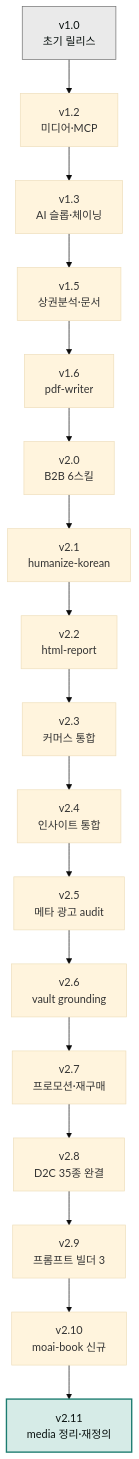
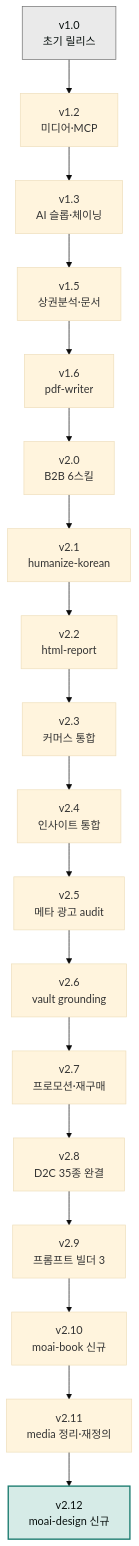
The diagram in content/releases/_index.md (modu-ai/claude), drawn with Mermaid (base theme) before and after one commit. The commit also changed other lines of this file and 8 other files, not shown here.

First line of the commit message:
chore(release): v2.12.0 — moai-design 신규 플러그인 + Claude Design 가이드 통합

````diff
--- a/content/releases/_index.md
+++ b/content/releases/_index.md
@@ -9,22 +9,23 @@
 ```mermaid
 flowchart TD
     V10["v1.0<br/>초기 릴리스"] --> V12["v1.2<br/>미디어·MCP"]
     V12 --> V13["v1.3<br/>AI 슬롭·체이닝"]
     V13 --> V15["v1.5<br/>상권분석·문서"]
     V15 --> V16["v1.6<br/>pdf-writer"]
     V16 --> V20["v2.0<br/>B2B 6스킬"]
     V20 --> V21["v2.1<br/>humanize-korean"]
     V21 --> V22["v2.2<br/>html-report"]
     V22 --> V23["v2.3<br/>커머스 통합"]
     V23 --> V24["v2.4<br/>인사이트 통합"]
     V24 --> V25["v2.5<br/>메타 광고 audit"]
     V25 --> V26["v2.6<br/>vault grounding"]
     V26 --> V27["v2.7<br/>프로모션·재구매"]
     V27 --> V28["v2.8<br/>D2C 35종 완결"]
     V28 --> V29["v2.9<br/>프롬프트 빌더 3"]
     V29 --> V210["v2.10<br/>moai-book 신규"]
     V210 --> V211["v2.11<br/>media 정리·재정의"]
+    V211 --> V212["v2.12<br/>moai-design 신규"]
 
     style V10 fill:#eaeaea,stroke:#6e6e6e,color:#09110f
-    style V211 fill:#d6ebe7,stroke:#1c7c70,stroke-width:2px,color:#09110f
+    style V212 fill:#d6ebe7,stroke:#1c7c70,stroke-width:2px,color:#09110f
 ```
````
